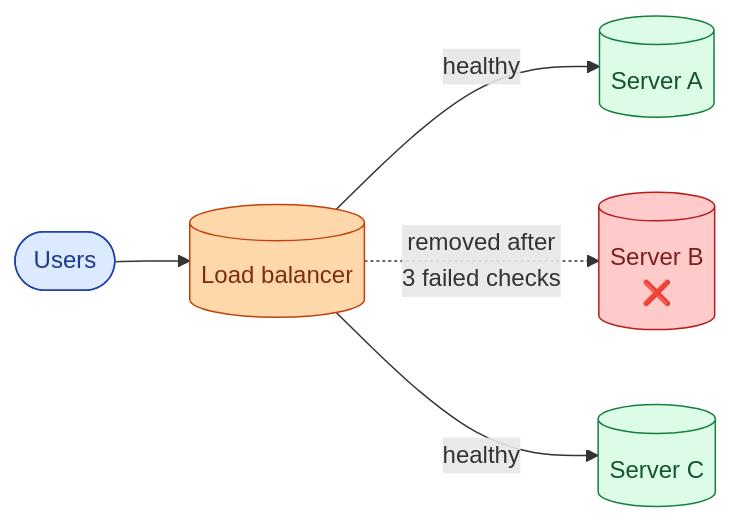
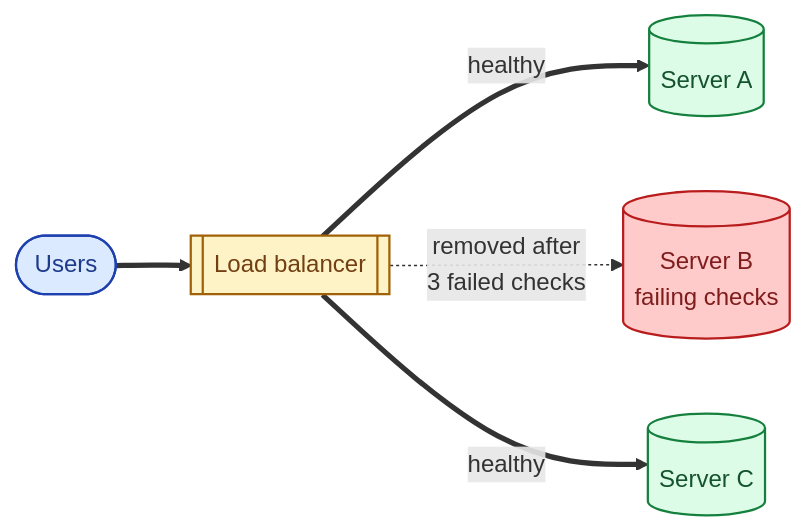
The second of 2 diagrams in _sd_concepts/028-load-balancer-basics.md (shiningflash/shiningflash.github.io), drawn with Mermaid before and after one commit. The commit also changed other lines of this file and 5 other files, not shown here.

First line of the commit message:
Improve mermaid diagrams across the six live concept pages

````diff
--- a/_sd_concepts/028-load-balancer-basics.md
+++ b/_sd_concepts/028-load-balancer-basics.md
@@ -58,12 +63,17 @@
 ```mermaid
 flowchart LR
-    U(["Users"]):::u --> LB[("Load balancer")]:::lb
-    LB -->|"healthy"| S1[("Server A")]:::s
-    LB -.->|"removed after<br/>3 failed checks"| S2[("Server B<br/>❌")]:::dead
-    LB -->|"healthy"| S3[("Server C")]:::s
+    U(["Users"]):::client
+    LB[["Load balancer"]]:::infra
+    S1[("Server A")]:::server
+    S2[("Server B<br/>failing checks")]:::dead
+    S3[("Server C")]:::server
+    U ==> LB
+    LB ==>|"healthy"| S1
+    LB -.->|"removed after<br/>3 failed checks"| S2
+    LB ==>|"healthy"| S3
 
-    classDef u fill:#dbeafe,stroke:#1e40af,color:#1e3a8a
-    classDef lb fill:#fed7aa,stroke:#c2410c,color:#7c2d12
-    classDef s fill:#dcfce7,stroke:#15803d,color:#14532d
-    classDef dead fill:#fecaca,stroke:#b91c1c,color:#7f1d1d
+    classDef client fill:#dbeafe,stroke:#1e40af,color:#1e3a8a,stroke-width:1.5px
+    classDef infra fill:#fef3c7,stroke:#a16207,color:#713f12,stroke-width:1.5px
+    classDef server fill:#dcfce7,stroke:#15803d,color:#14532d,stroke-width:1.5px
+    classDef dead fill:#fecaca,stroke:#b91c1c,color:#7f1d1d,stroke-width:1.5px
 ```
````
